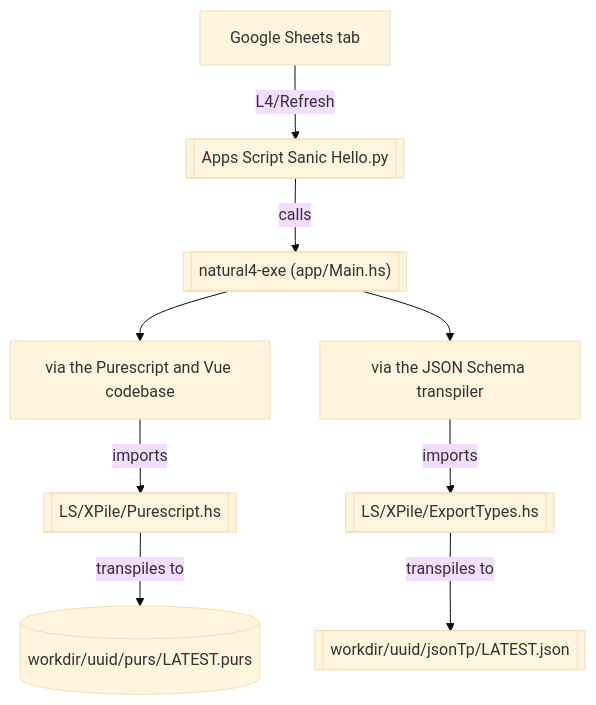
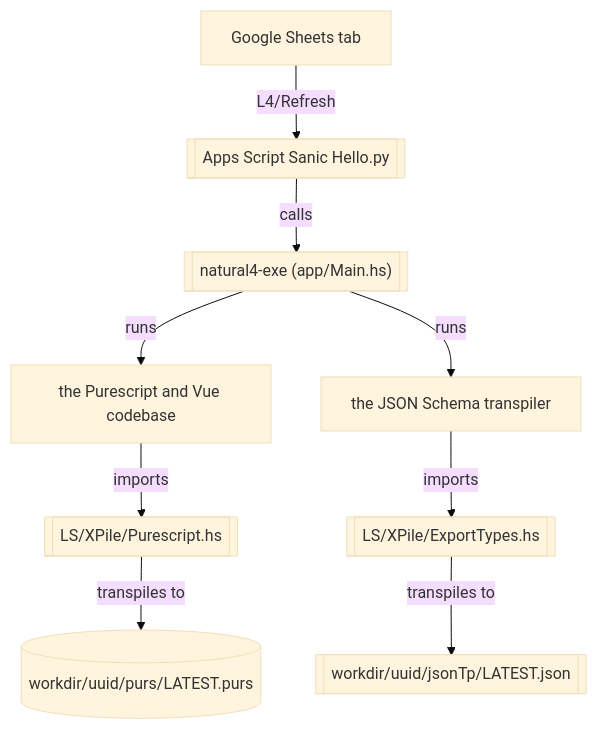
One commit to smucclaw/internal_docs changed the diagram in docs/current_system/index.md. Above: the diagram before and after it, drawn with Mermaid (base theme).

Commit message:
more mermaid tweaking

````diff
--- a/docs/current_system/index.md
+++ b/docs/current_system/index.md
@@ -17,13 +17,13 @@
 ```mermaid
 graph TB;
     A["Google Sheets tab"] -- "L4/Refresh" --> B[["Apps Script Sanic Hello.py"]];
 	B -- calls -->C[["natural4-exe (app/Main.hs)"]];
 
-	C --> C1["via the Purescript and Vue codebase"];
+	C --"runs"--> C1["the Purescript and Vue codebase"];
 	C1--"imports"-->D[["LS/XPile/Purescript.hs"]];
     D--"transpiles to"-->E[("workdir/uuid/purs/LATEST.purs")];
 
-    C --> G0["via the JSON Schema transpiler"];
+    C --"runs"--> G0["the JSON Schema transpiler"];
 	G0--"imports"-->G1[["LS/XPile/ExportTypes.hs"]];
 	G1--"transpiles to"-->G2[["workdir/uuid/jsonTp/LATEST.json"]];
 ```
````
